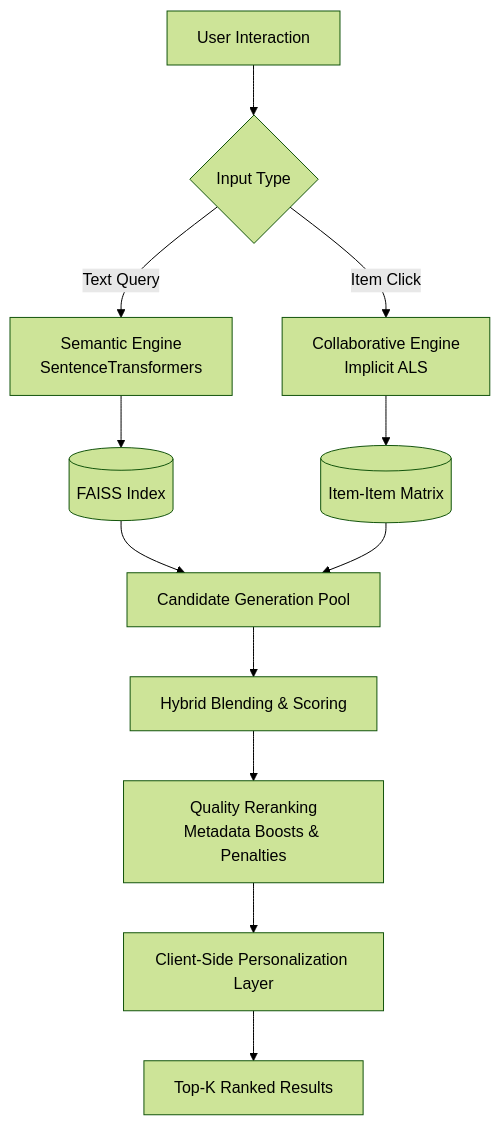
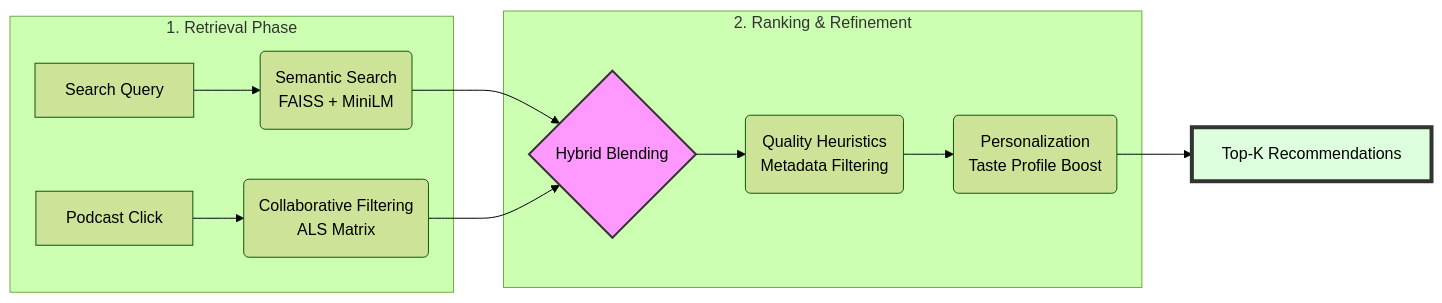
The diagram in README.md (vaibhavi944/podcast-mind), drawn with Mermaid (forest theme) before and after one commit. The commit also changed other lines of this file, not shown here.

Commit message:
docs: modernize system design flowchart in README

````diff
--- a/README.md
+++ b/README.md
@@ -17,19 +17,20 @@
 ```mermaid
-graph TD
-    User[User Interaction] --> Router{Input Type}
+graph LR
+    subgraph "1. Retrieval Phase"
+        Search[Search Query] --> Vector(Semantic Search<br/>FAISS + MiniLM)
+        Click[Podcast Click] --> Behavioral(Collaborative Filtering<br/>ALS Matrix)
+    end
+
+    Vector --> Blend{Hybrid Blending}
+    Behavioral --> Blend
+
+    subgraph "2. Ranking & Refinement"
+        Blend --> Quality(Quality Heuristics<br/>Metadata Filtering)
+        Quality --> Perso(Personalization<br/>Taste Profile Boost)
+    end
+
+    Perso --> Results[Top-K Recommendations]
     
-    Router -->|Text Query| Semantic[Semantic Engine<br>SentenceTransformers]
-    Router -->|Item Click| Collab[Collaborative Engine<br>Implicit ALS]
-    
-    Semantic --> FAISS[(FAISS Index)]
-    Collab --> Matrix[(Item-Item Matrix)]
-    
-    FAISS --> Candidates[Candidate Generation Pool]
-    Matrix --> Candidates
-    
-    Candidates --> Blending[Hybrid Blending & Scoring]
-    
-    Blending --> Reranking[Quality Reranking<br>Metadata Boosts & Penalties]
-    Reranking --> Personalization[Client-Side Personalization Layer]
-    Personalization --> Final[Top-K Ranked Results]
+    style Blend fill:#f9f,stroke:#333,stroke-width:2px
+    style Results fill:#dfd,stroke:#333,stroke-width:4px
 ```
````
